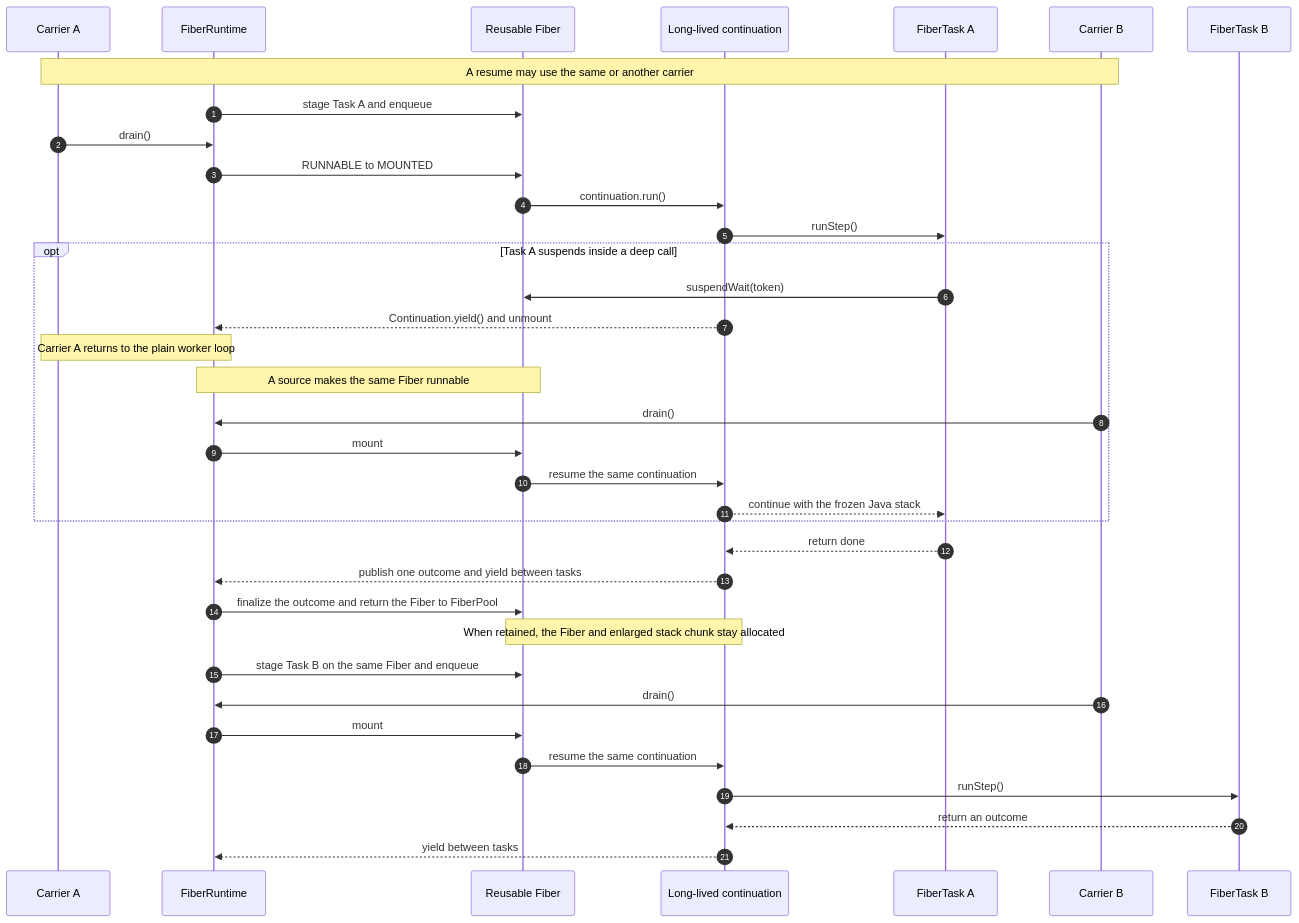
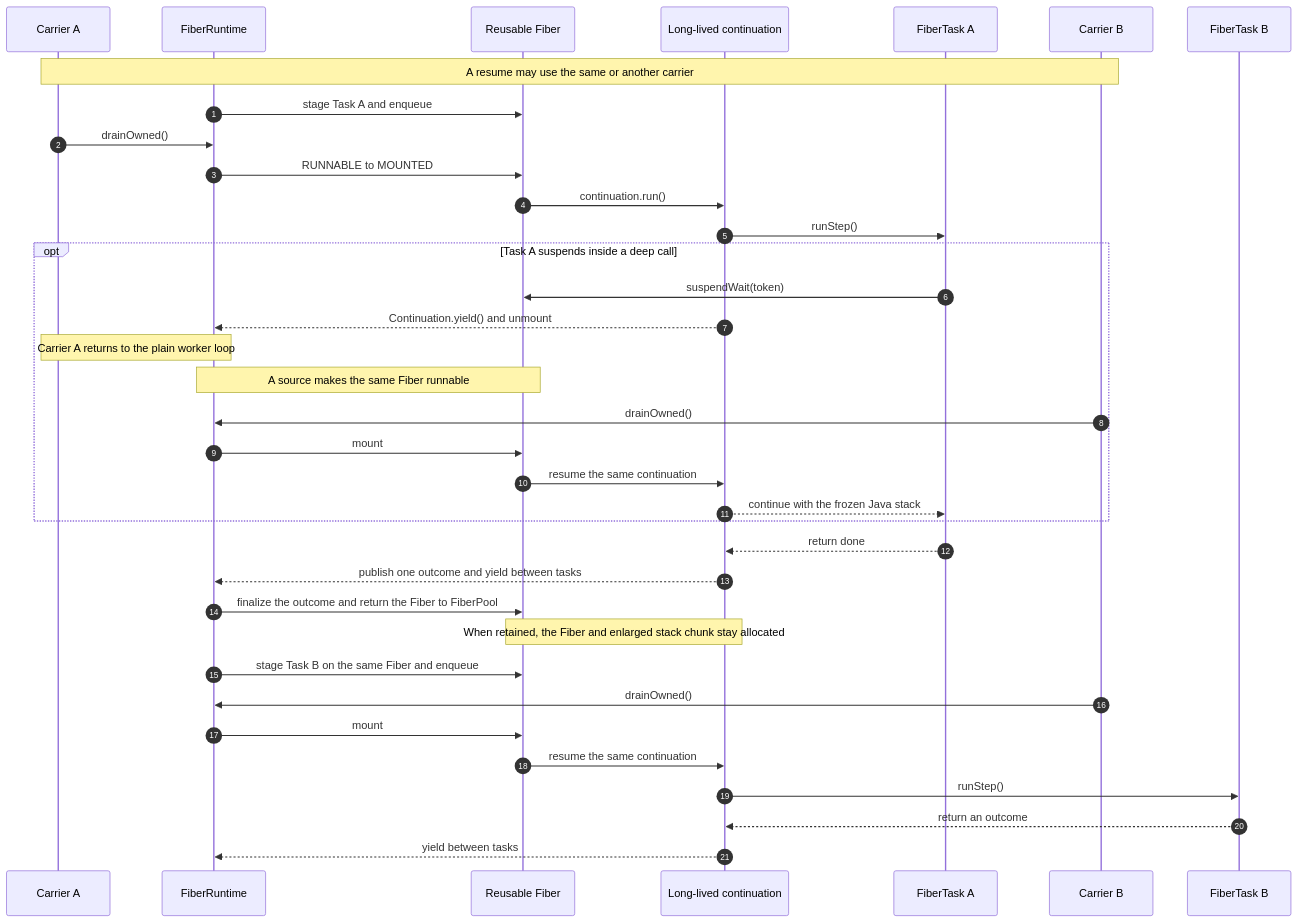
One commit to questdb/questdb changed the third of 4 diagrams in core/src/main/java/io/questdb/mp/continuation/DESIGN_NOTES.md. Above: the diagram before and after it, drawn with Mermaid. The commit also changed other lines of this file and 26 other files, not shown here.

````diff
--- a/core/src/main/java/io/questdb/mp/continuation/DESIGN_NOTES.md
+++ b/core/src/main/java/io/questdb/mp/continuation/DESIGN_NOTES.md
@@ -157,40 +158,40 @@
 ```mermaid
 sequenceDiagram
     autonumber
     participant A as Carrier A
     participant R as FiberRuntime
     participant F as Reusable Fiber
     participant C as Long-lived continuation
     participant T1 as FiberTask A
     participant B as Carrier B
     participant T2 as FiberTask B
 
     Note over A,B: A resume may use the same or another carrier
     R->>F: stage Task A and enqueue
-    A->>R: drain()
+    A->>R: drainOwned()
     R->>F: RUNNABLE to MOUNTED
     F->>C: continuation.run()
     C->>T1: runStep()
     opt Task A suspends inside a deep call
         T1->>F: suspendWait(token)
         C-->>R: Continuation.yield() and unmount
         Note over A,R: Carrier A returns to the plain worker loop
         Note over R,F: A source makes the same Fiber runnable
-        B->>R: drain()
+        B->>R: drainOwned()
         R->>F: mount
         F->>C: resume the same continuation
         C-->>T1: continue with the frozen Java stack
     end
     T1-->>C: return done
     C-->>R: publish one outcome and yield between tasks
     R->>F: finalize the outcome and return the Fiber to FiberPool
     Note over F,C: When retained, the Fiber and enlarged stack chunk stay allocated
 
     R->>F: stage Task B on the same Fiber and enqueue
-    B->>R: drain()
+    B->>R: drainOwned()
     R->>F: mount
     F->>C: resume the same continuation
     C->>T2: runStep()
     T2-->>C: return an outcome
     C-->>R: yield between tasks
 ```
````
